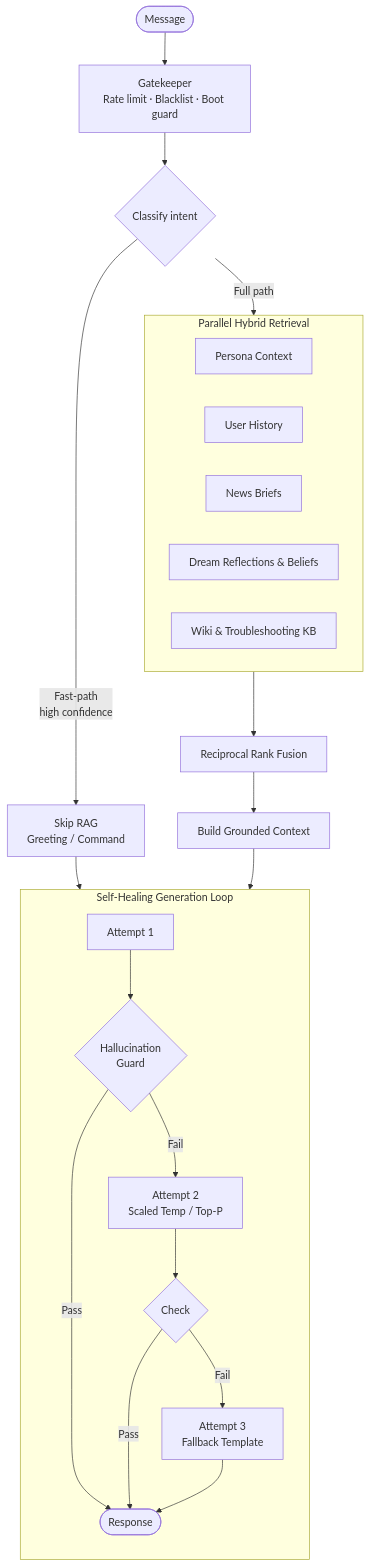
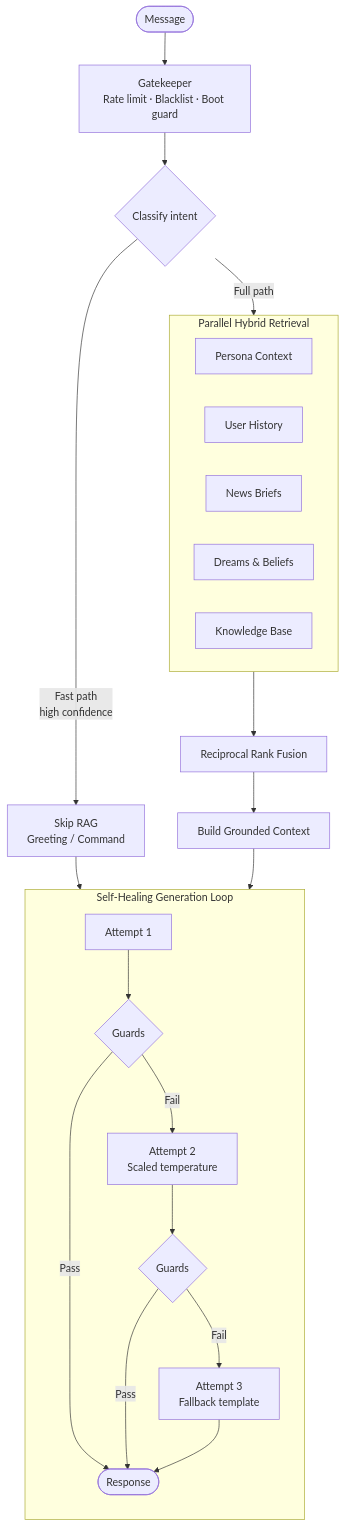
The diagram in README.md (Ekco-S64QTN6/Kaiacord), drawn with Mermaid before and after one commit. The commit also changed other lines of this file and 31 other files, not shown here.

````diff
--- a/README.md
+++ b/README.md
@@ -65,33 +95,33 @@
 ```mermaid
 flowchart TD
-    MSG([Message]) --> GK[Gatekeeper\nRate limit · Blacklist · Boot guard]
+    MSG([Message]) --> GK[Gatekeeper<br/>Rate limit · Blacklist · Boot guard]
     GK --> CL{Classify intent}
-    
-    CL -- "Fast-path\nhigh confidence" --> SKIP[Skip RAG\nGreeting / Command]
+
+    CL -- "Fast path<br/>high confidence" --> SKIP[Skip RAG<br/>Greeting / Command]
     CL -- "Full path" --> RET
 
     subgraph RET ["Parallel Hybrid Retrieval"]
         direction LR
         P[Persona Context]
         U[User History]
         N[News Briefs]
-        D[Dream Reflections & Beliefs]
-        W[Wiki & Troubleshooting KB]
+        D[Dreams & Beliefs]
+        W[Knowledge Base]
     end
 
     SKIP --> GEN
     RET --> RRF[Reciprocal Rank Fusion]
     RRF --> CTX[Build Grounded Context]
     CTX --> GEN
 
     subgraph GEN ["Self-Healing Generation Loop"]
         direction TB
-        G1[Attempt 1] --> HC{Hallucination\nGuard}
+        G1[Attempt 1] --> HC{Guards}
         HC -- Pass --> OUT([Response])
-        HC -- Fail --> G2[Attempt 2\nScaled Temp / Top-P]
-        G2 --> HC2{Check}
+        HC -- Fail --> G2[Attempt 2<br/>Scaled temperature]
+        G2 --> HC2{Guards}
         HC2 -- Pass --> OUT
-        HC2 -- Fail --> G3[Attempt 3\nFallback Template]
+        HC2 -- Fail --> G3[Attempt 3<br/>Fallback template]
         G3 --> OUT
     end
 ```
````
